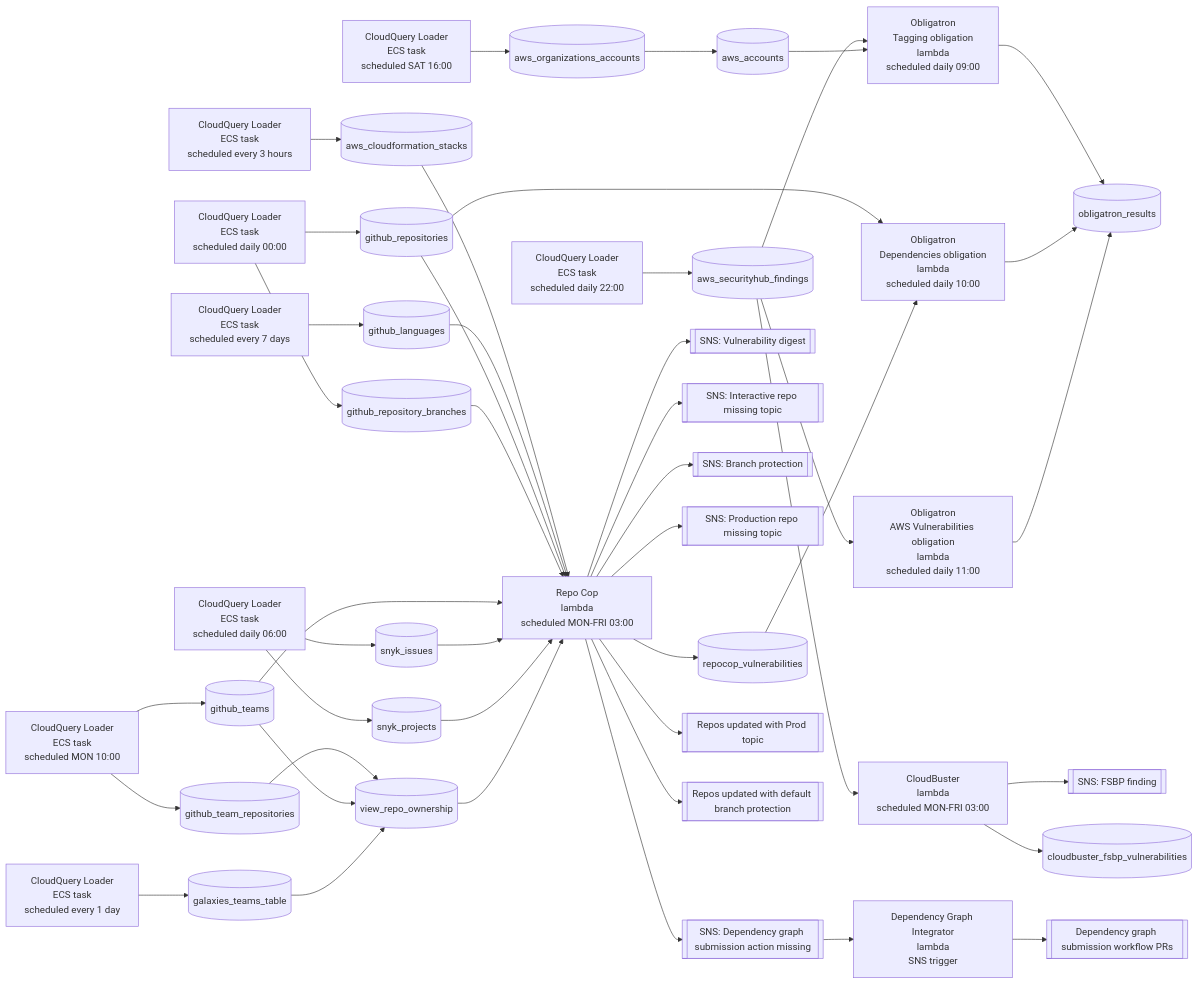
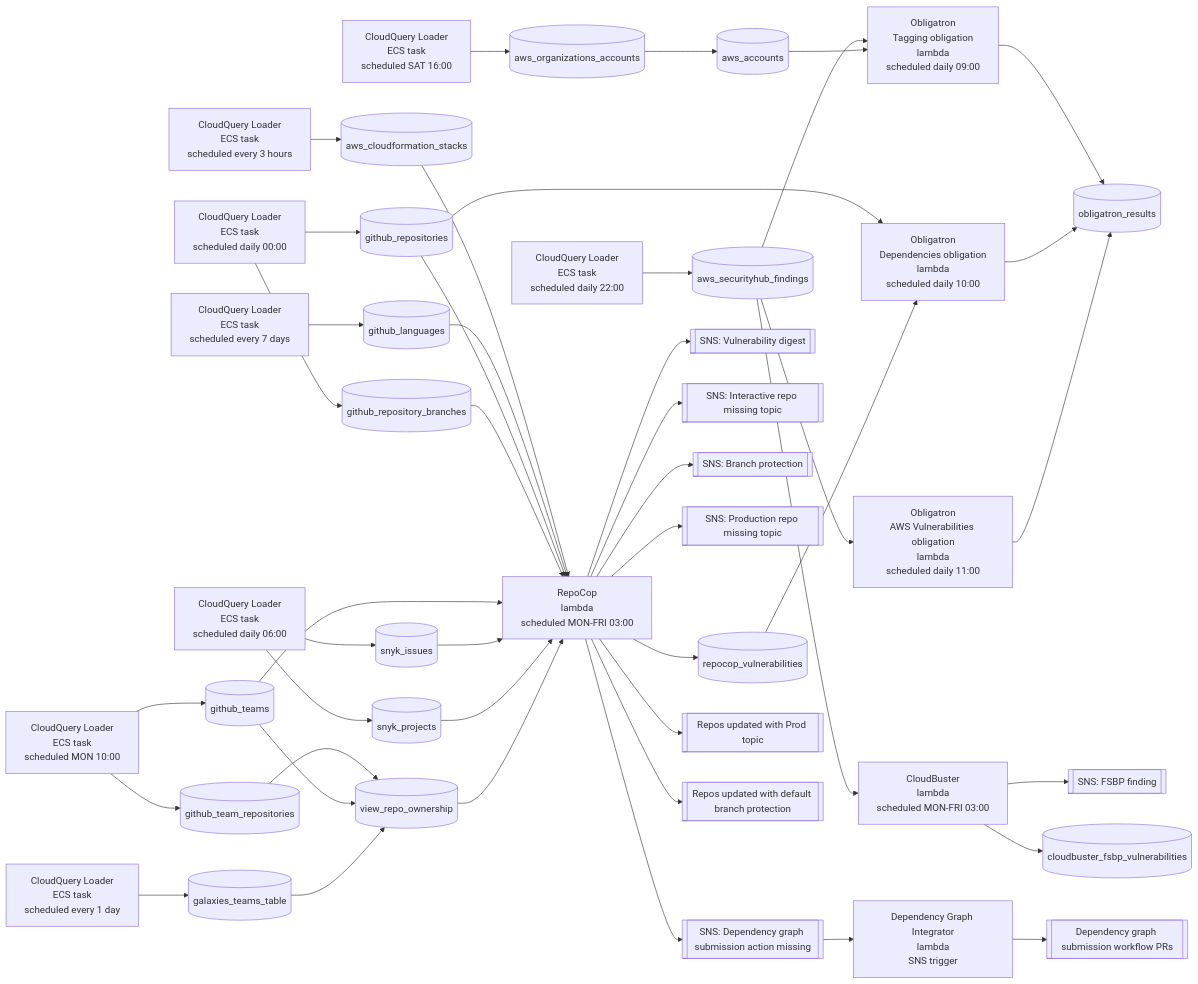
One commit to guardian/service-catalogue changed the diagram in packages/repocop/JobDependencies.md. Above: the diagram before and after it, drawn with Mermaid.

```diff
--- a/packages/repocop/JobDependencies.md
+++ b/packages/repocop/JobDependencies.md
@@ -46,7 +46,7 @@
     snykLoader[CloudQuery Loader<br>ECS task<br>scheduled daily 06:00]
     ghLangLoader[CloudQuery Loader<br>ECS task<br>scheduled every 7 days]
     galaxiesLoader[CloudQuery Loader<br>ECS task<br>scheduled every 1 day]
-    repocop[Repo Cop<br>lambda<br>scheduled MON-FRI 03:00]
+    repocop[RepoCop<br>lambda<br>scheduled MON-FRI 03:00]
     depGraphIntegrator[Dependency Graph Integrator<br>lambda<br>SNS trigger]
     cloudbuster[CloudBuster<br>lambda<br>scheduled MON-FRI 03:00]
     obligatronTagging[Obligatron<br>Tagging obligation<br>lambda<br>scheduled daily 09:00]
```
